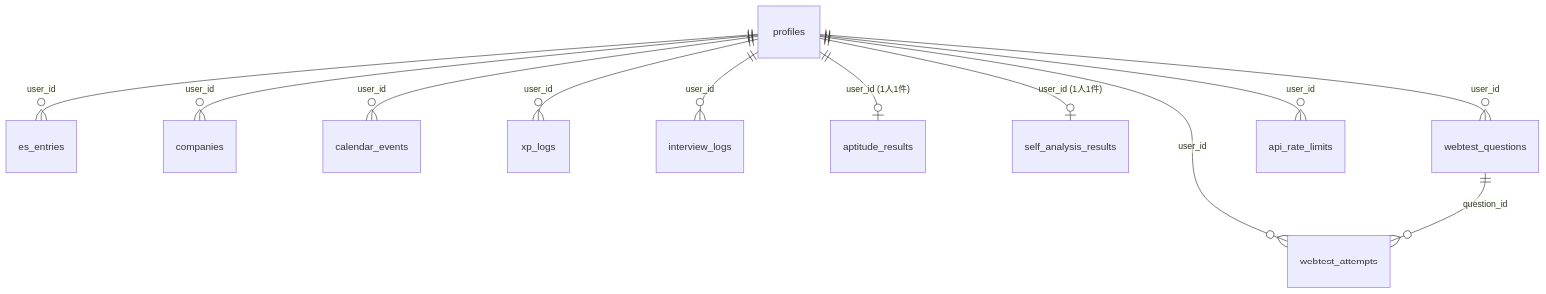
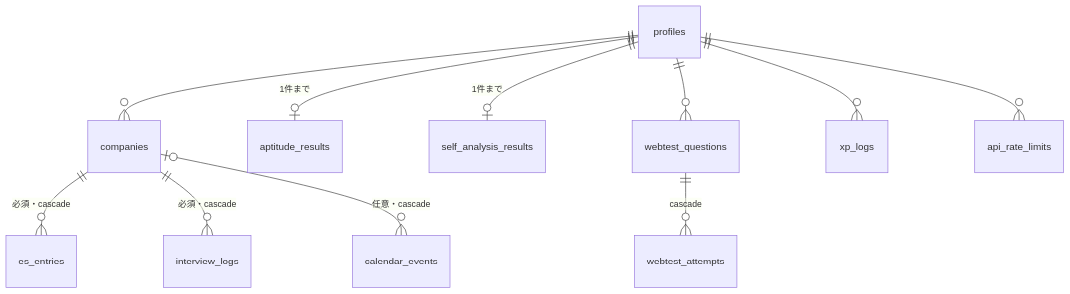
Before and after one commit to Yamada040/job_hunting_copilot: the diagram in docs/database-schema.md, drawn with Mermaid. The commit also changed other lines of this file and 8 other files, not shown here.

````diff
--- a/docs/database-schema.md
+++ b/docs/database-schema.md
@@ -11,14 +17,13 @@
 ```mermaid
 erDiagram
-    profiles ||--o{ es_entries : user_id
-    profiles ||--o{ companies : user_id
-    profiles ||--o{ calendar_events : user_id
-    profiles ||--o{ xp_logs : user_id
-    profiles ||--o{ interview_logs : user_id
-    profiles ||--o| aptitude_results : "user_id (1人1件)"
-    profiles ||--o| self_analysis_results : "user_id (1人1件)"
-    profiles ||--o{ webtest_questions : user_id
-    profiles ||--o{ webtest_attempts : user_id
-    profiles ||--o{ api_rate_limits : user_id
-    webtest_questions ||--o{ webtest_attempts : question_id
+    profiles ||--o{ companies : ""
+    profiles ||--o| aptitude_results : "1件まで"
+    profiles ||--o| self_analysis_results : "1件まで"
+    profiles ||--o{ webtest_questions : ""
+    profiles ||--o{ xp_logs : ""
+    profiles ||--o{ api_rate_limits : ""
+    companies ||--o{ es_entries : "必須・cascade"
+    companies ||--o{ interview_logs : "必須・cascade"
+    companies |o--o{ calendar_events : "任意・cascade"
+    webtest_questions ||--o{ webtest_attempts : "cascade"
 ```
````
